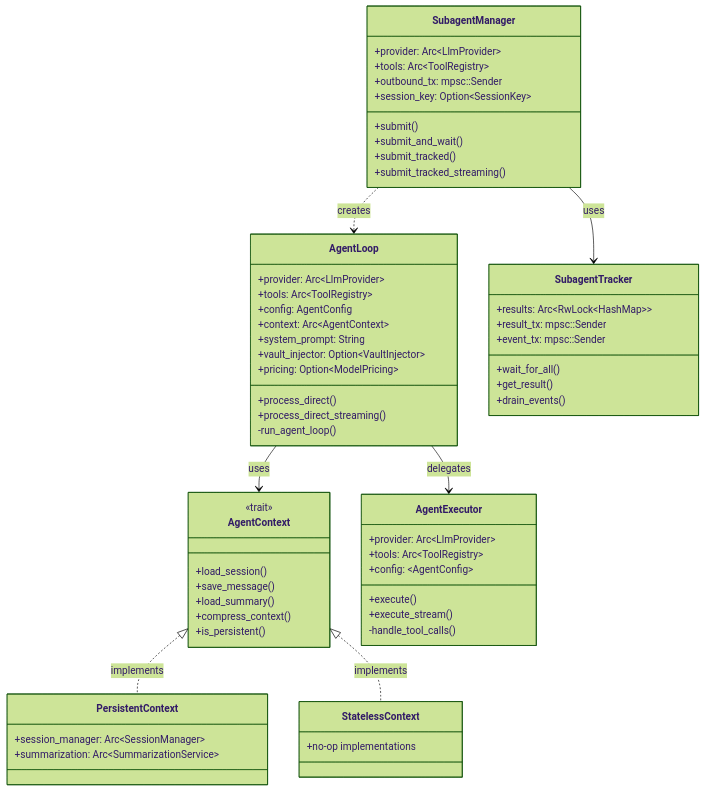
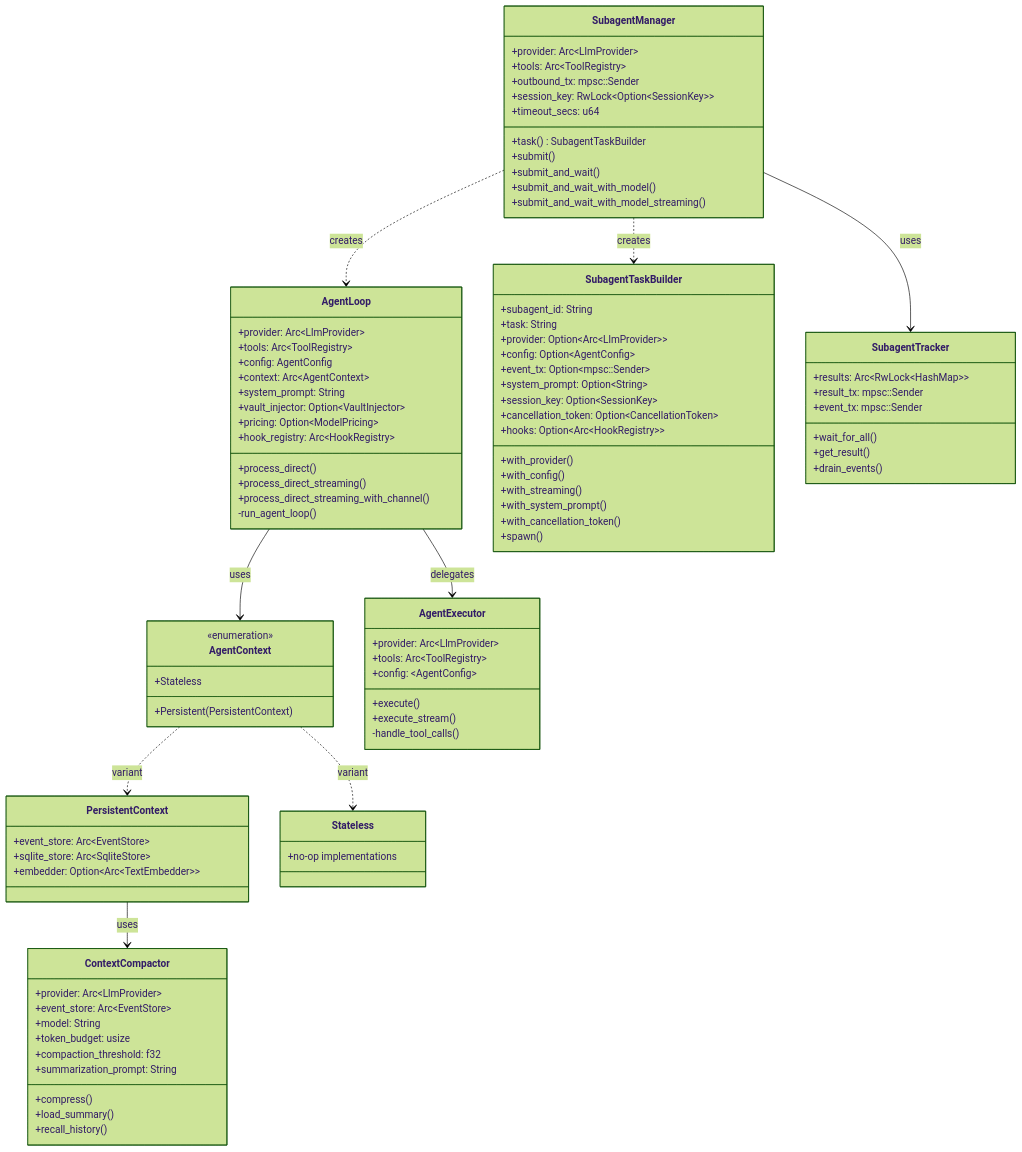
One commit to yeheng/nanobot-rs changed the fourth of 4 diagrams in docs/agent_flow-en.md. Above: the diagram before and after it, drawn with Mermaid (forest theme). The commit also changed other lines of this file and 22 other files, not shown here.

````diff
--- a/docs/agent_flow-en.md
+++ b/docs/agent_flow-en.md
@@ -151,26 +151,38 @@
         +system_prompt: String
         +vault_injector: Option~VaultInjector~
         +pricing: Option~ModelPricing~
+        +hook_registry: Arc~HookRegistry~
         +process_direct()
         +process_direct_streaming()
+        +process_direct_streaming_with_channel()
         -run_agent_loop()
     }
 
+    class ContextCompactor {
+        +provider: Arc~LlmProvider~
+        +event_store: Arc~EventStore~
+        +model: String
+        +token_budget: usize
+        +compaction_threshold: f32
+        +summarization_prompt: String
+        +compress()
+        +load_summary()
+        +recall_history()
+    }
+
     class AgentContext {
-        <<trait>>
-        +load_session()
-        +save_message()
-        +load_summary()
-        +compress_context()
-        +is_persistent()
+        <<enumeration>>
+        +Persistent(PersistentContext)
+        +Stateless
     }
 
     class PersistentContext {
-        +session_manager: Arc~SessionManager~
-        +summarization: Arc~SummarizationService~
+        +event_store: Arc~EventStore~
+        +sqlite_store: Arc~SqliteStore~
+        +embedder: Option~Arc~TextEmbedder~~
     }
 
-    class StatelessContext {
+    class Stateless {
         +no-op implementations
     }
 
@@ -187,11 +199,31 @@
         +provider: Arc~LlmProvider~
         +tools: Arc~ToolRegistry~
         +outbound_tx: mpsc::Sender
-        +session_key: Option~SessionKey~
+        +session_key: RwLock~Option~SessionKey~~
+        +timeout_secs: u64
+        +task() SubagentTaskBuilder
         +submit()
         +submit_and_wait()
-        +submit_tracked()
-        +submit_tracked_streaming()
+        +submit_and_wait_with_model()
+        +submit_and_wait_with_model_streaming()
+    }
+
+    class SubagentTaskBuilder {
+        +subagent_id: String
+        +task: String
+        +provider: Option~Arc~LlmProvider~~
+        +config: Option~AgentConfig~
+        +event_tx: Option~mpsc::Sender~
+        +system_prompt: Option~String~
+        +session_key: Option~SessionKey~
+        +cancellation_token: Option~CancellationToken~
+        +hooks: Option~Arc~HookRegistry~~
+        +with_provider()
+        +with_config()
+        +with_streaming()
+        +with_system_prompt()
+        +with_cancellation_token()
+        +spawn()
     }
 
     class SubagentTracker {
@@ -204,9 +236,11 @@
     }
 
     AgentLoop --> AgentContext : uses
-    AgentContext <|.. PersistentContext : implements
-    AgentContext <|.. StatelessContext : implements
+    AgentContext ..> PersistentContext : variant
+    AgentContext ..> Stateless : variant
+    PersistentContext --> ContextCompactor : uses
     AgentLoop --> AgentExecutor : delegates
     SubagentManager ..> AgentLoop : creates
     SubagentManager --> SubagentTracker : uses
+    SubagentManager ..> SubagentTaskBuilder : creates
 ```
````
